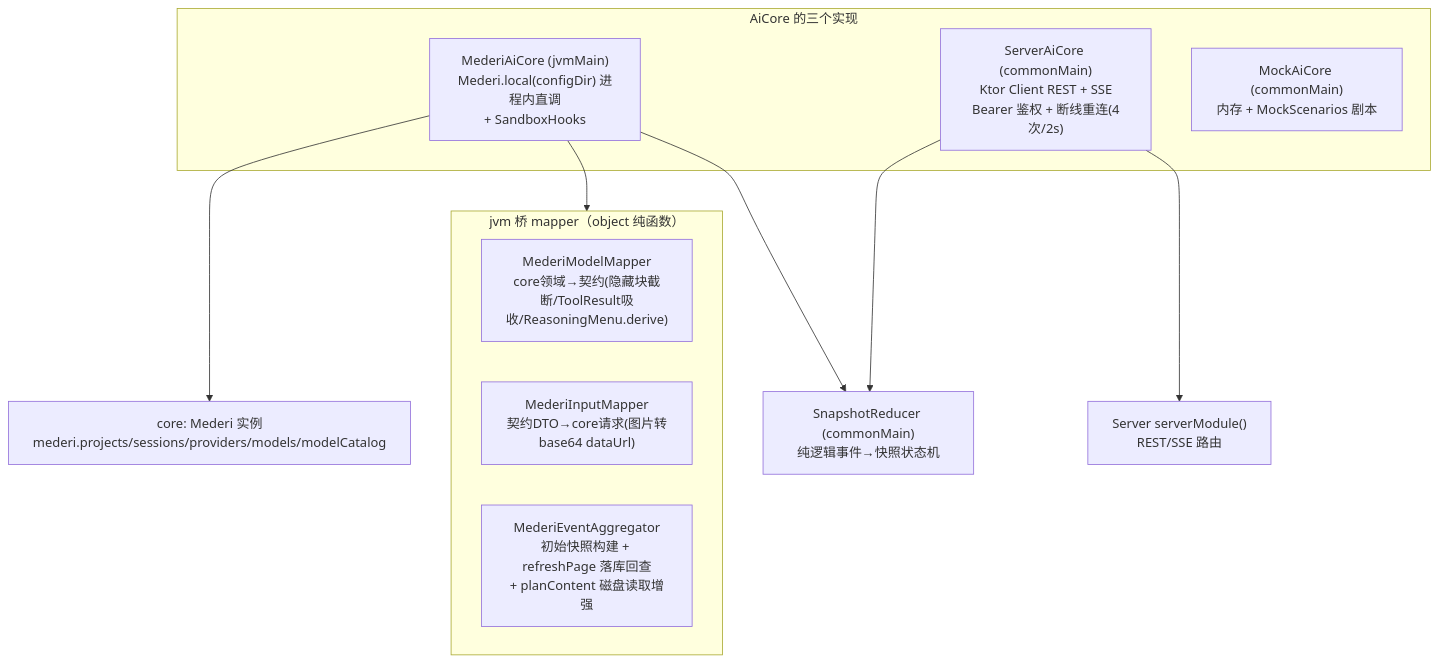
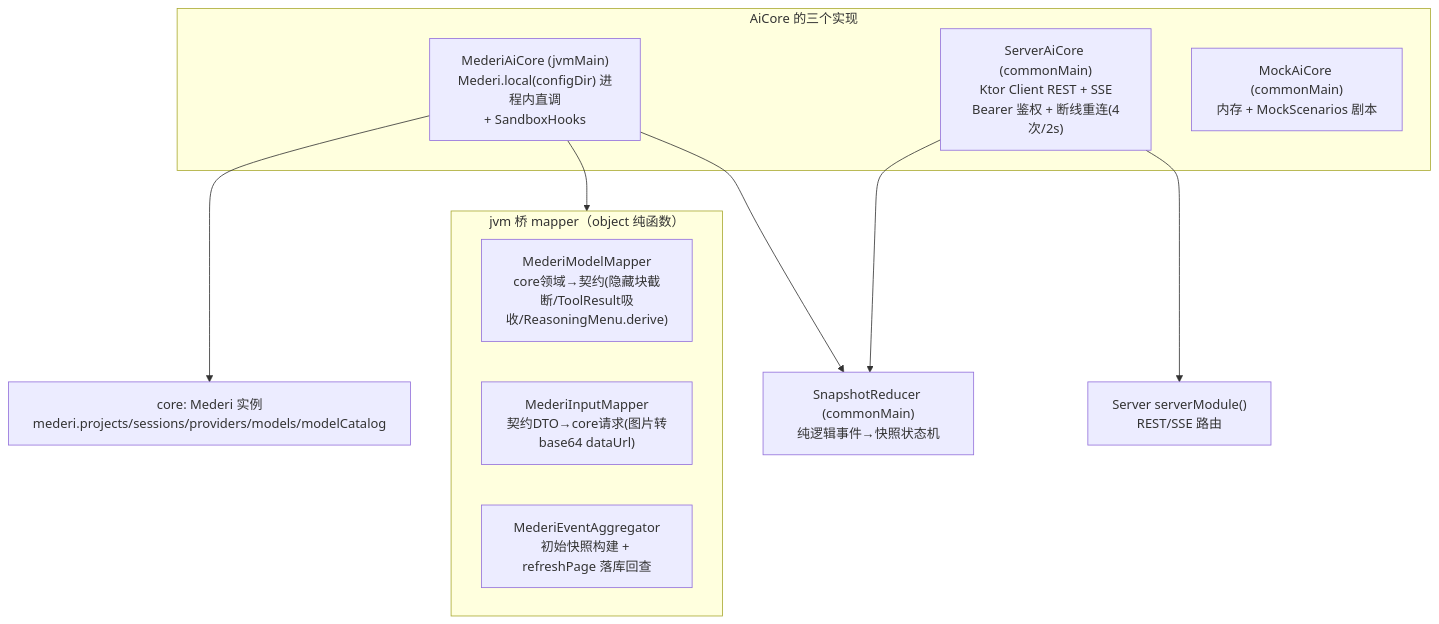
The first of 4 diagrams in docs/architecture/02-app-shared.md (lzdev42/mederi), drawn with Mermaid before and after one commit. The commit also changed other lines of this file and 76 other files, not shown here.

````diff
--- a/docs/architecture/02-app-shared.md
+++ b/docs/architecture/02-app-shared.md
@@ -210,21 +214,21 @@
 ```mermaid
 flowchart TB
     subgraph impls["AiCore 的三个实现"]
         MAC["MederiAiCore (jvmMain)<br/>Mederi.local(configDir) 进程内直调<br/>+ SandboxHooks"]
         SAC["ServerAiCore (commonMain)<br/>Ktor Client REST + SSE<br/>Bearer 鉴权 + 断线重连(4次/2s)"]
         MOCK["MockAiCore (commonMain)<br/>内存 + MockScenarios 剧本"]
     end
     CORE["core: Mederi 实例<br/>mederi.projects/sessions/providers/models/modelCatalog"]
     RS["Server serverModule()<br/>REST/SSE 路由"]
     subgraph mappers["jvm 桥 mapper（object 纯函数）"]
         MM["MederiModelMapper<br/>core领域→契约(隐藏块截断/ToolResult吸收/ReasoningMenu.derive)"]
         MI["MederiInputMapper<br/>契约DTO→core请求(图片转base64 dataUrl)"]
-        EA["MederiEventAggregator<br/>初始快照构建 + refreshPage 落库回查<br/>+ planContent 磁盘读取增强"]
+        EA["MederiEventAggregator<br/>初始快照构建 + refreshPage 落库回查"]
     end
     REDUCER["SnapshotReducer (commonMain)<br/>纯逻辑事件→快照状态机"]
     MAC --> CORE
     MAC --> mappers
     SAC --> RS
     SAC --> REDUCER
     MAC --> REDUCER
 ```
````
